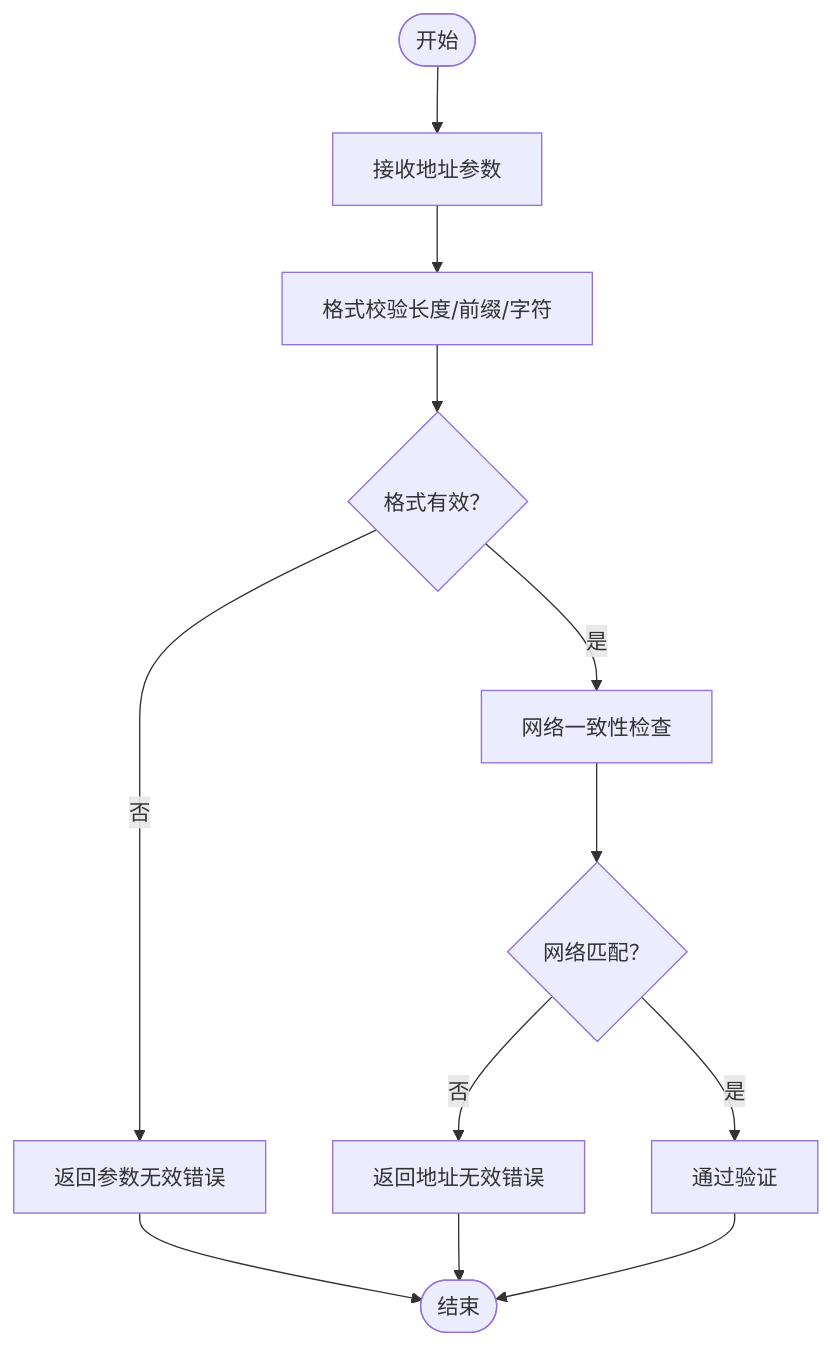
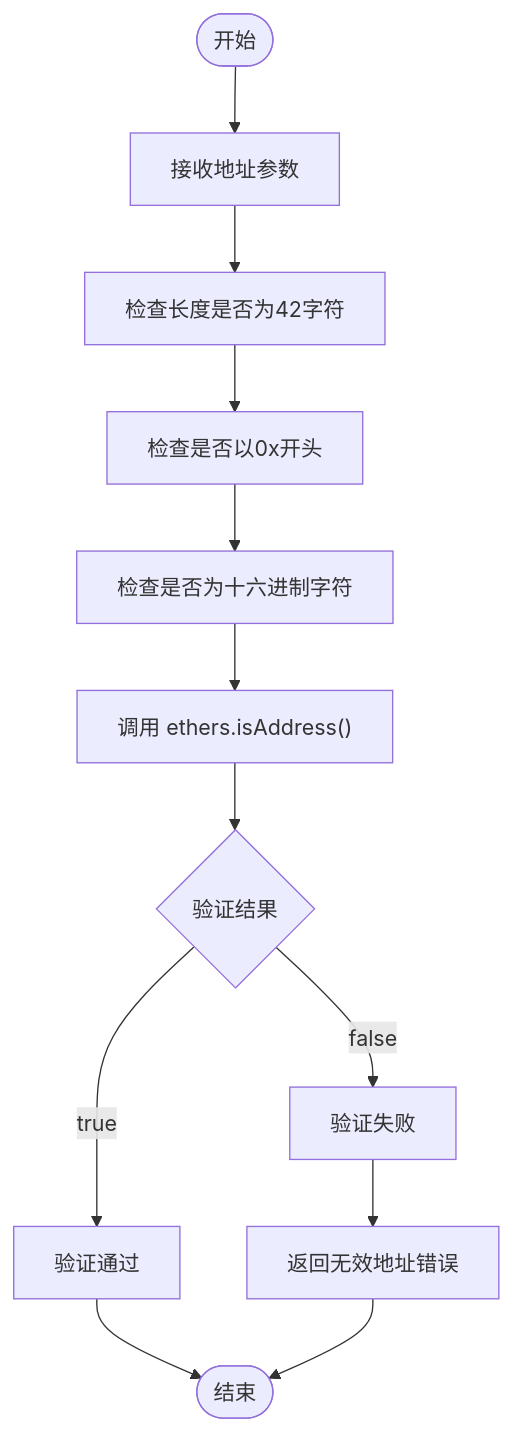
One commit to CryptoLinxu/Web3-AI-Agent changed the fourth of 7 diagrams in .qoder/repowiki/zh/content/Web3工具集成/核心Web3工具实现/钱包余额查询工具.md. Above: the diagram before and after it, drawn with Mermaid. The commit also changed other lines of this file and 6 other files, not shown here.

````diff
--- a/.qoder/repowiki/zh/content/Web3工具集成/核心Web3工具实现/钱包余额查询工具.md
+++ b/.qoder/repowiki/zh/content/Web3工具集成/核心Web3工具实现/钱包余额查询工具.md
@@ -124,14 +147,14 @@
 ```mermaid
 flowchart TD
 START(["开始"]) --> INPUT["接收地址参数"]
-INPUT --> FORMAT["格式校验长度/前缀/字符"]
-FORMAT --> VALID{"格式有效？"}
-VALID --> |否| ERR1["返回参数无效错误"]
-VALID --> |是| NET["网络一致性检查"]
-NET --> NETOK{"网络匹配？"}
-NETOK --> |否| ERR2["返回地址无效错误"]
-NETOK --> |是| OK["通过验证"]
-ERR1 --> END(["结束"])
-ERR2 --> END
-OK --> END
+INPUT --> CHECKLEN["检查长度是否为42字符"]
+CHECKLEN --> CHECKPREFIX["检查是否以0x开头"]
+CHECKPREFIX --> CHECKHEX["检查是否为十六进制字符"]
+CHECKHEX --> VALIDATE["调用 ethers.isAddress()"]
+VALIDATE --> RESULT{"验证结果"}
+RESULT --> |true| PASS["验证通过"]
+RESULT --> |false| FAIL["验证失败"]
+PASS --> END(["结束"])
+FAIL --> ERROR["返回无效地址错误"]
+ERROR --> END
 ```
````
